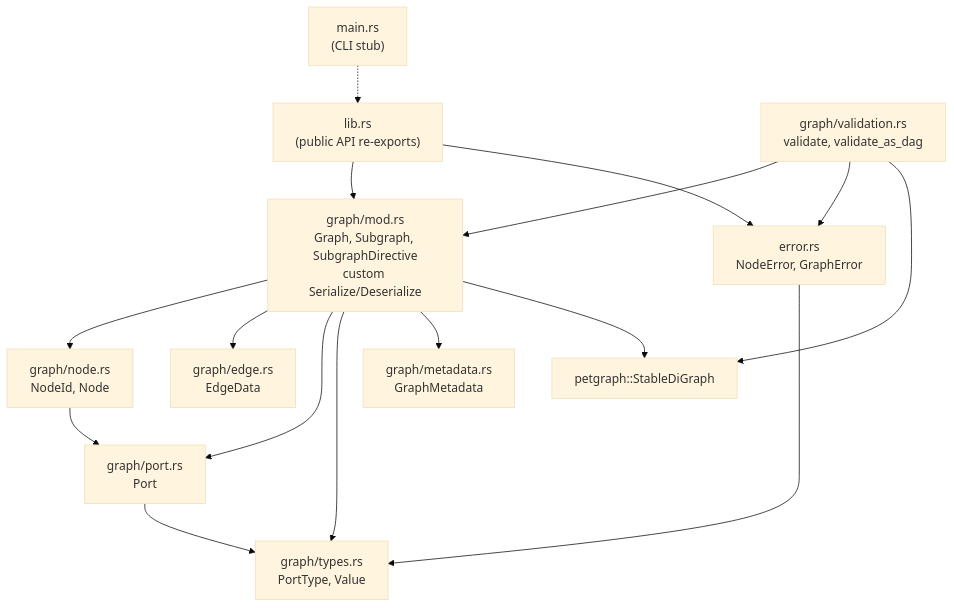
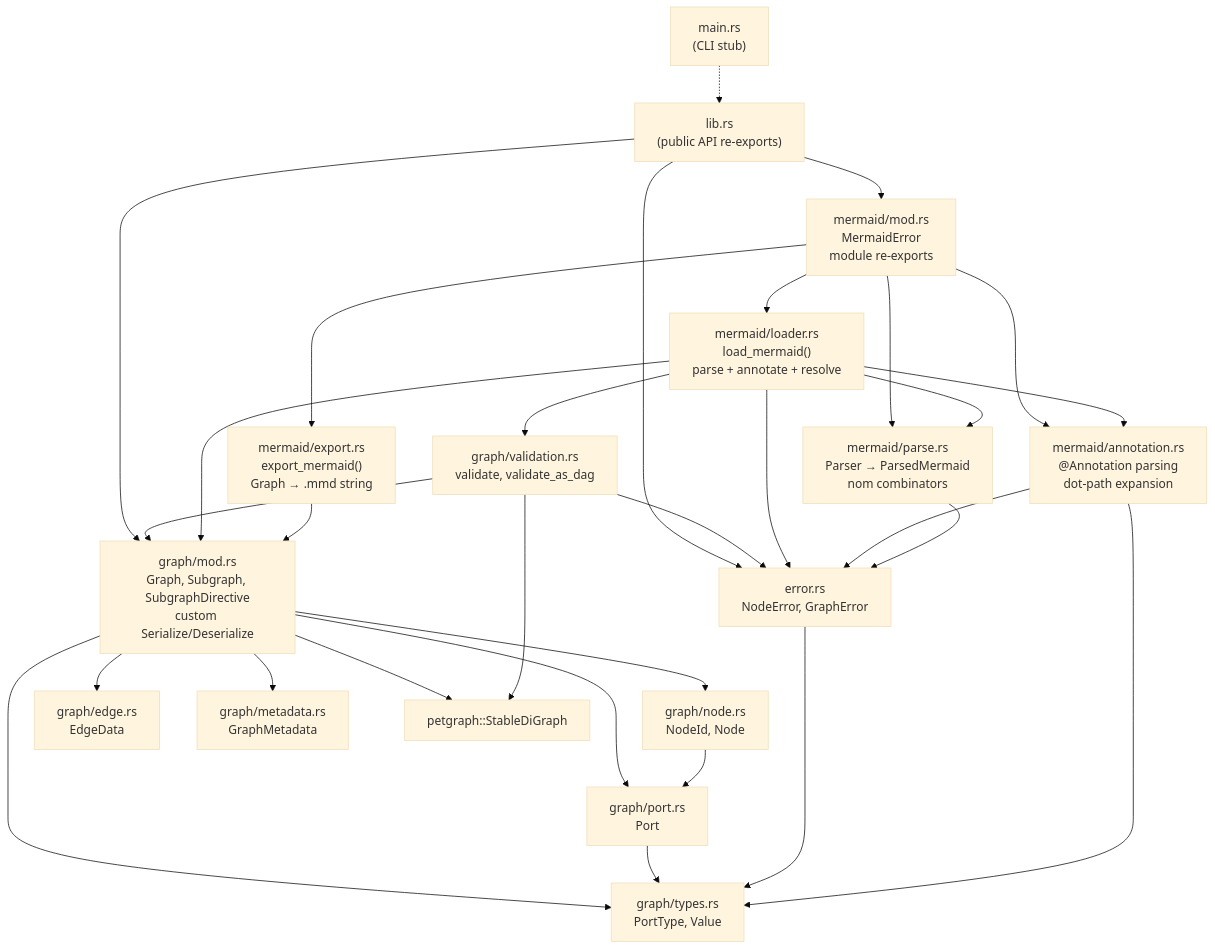
Before and after one commit to Polymetric-Studios/psflow: the diagram in ergon/project-data/architecture.md, drawn with Mermaid (base theme). The commit also changed 10 other files, not shown here.

First line of the commit message:
Implement Phase 1.2: Mermaid Integration Layer

````diff
--- a/ergon/project-data/architecture.md
+++ b/ergon/project-data/architecture.md
@@ -9,33 +9,58 @@
 ```mermaid
 flowchart TD
     lib["lib.rs<br/>(public API re-exports)"]
     main["main.rs<br/>(CLI stub)"]
     error["error.rs<br/>NodeError, GraphError"]
     graph_mod["graph/mod.rs<br/>Graph, Subgraph, SubgraphDirective<br/>custom Serialize/Deserialize"]
     node["graph/node.rs<br/>NodeId, Node"]
     edge["graph/edge.rs<br/>EdgeData"]
     port["graph/port.rs<br/>Port"]
     types["graph/types.rs<br/>PortType, Value"]
     metadata["graph/metadata.rs<br/>GraphMetadata"]
     validation["graph/validation.rs<br/>validate, validate_as_dag"]
     petgraph["petgraph::StableDiGraph"]
 
+    mermaid_mod["mermaid/mod.rs<br/>MermaidError<br/>module re-exports"]
+    parse["mermaid/parse.rs<br/>Parser → ParsedMermaid<br/>nom combinators"]
+    annotation["mermaid/annotation.rs<br/>@Annotation parsing<br/>dot-path expansion"]
+    loader["mermaid/loader.rs<br/>load_mermaid()<br/>parse + annotate + resolve"]
+    export["mermaid/export.rs<br/>export_mermaid()<br/>Graph → .mmd string"]
+
     lib --> graph_mod
     lib --> error
+    lib --> mermaid_mod
     main -.-> lib
 
     graph_mod --> node
     graph_mod --> edge
     graph_mod --> port
     graph_mod --> types
     graph_mod --> metadata
     graph_mod --> petgraph
 
     validation --> graph_mod
     validation --> error
     validation --> petgraph
 
     node --> port
     port --> types
     error --> types
+
+    mermaid_mod --> parse
+    mermaid_mod --> annotation
+    mermaid_mod --> loader
+    mermaid_mod --> export
+
+    loader --> parse
+    loader --> annotation
+    loader --> graph_mod
+    loader --> validation
+    loader --> error
+
+    annotation --> error
+    annotation --> types
+
+    export --> graph_mod
+
+    parse --> error
 ```
````
